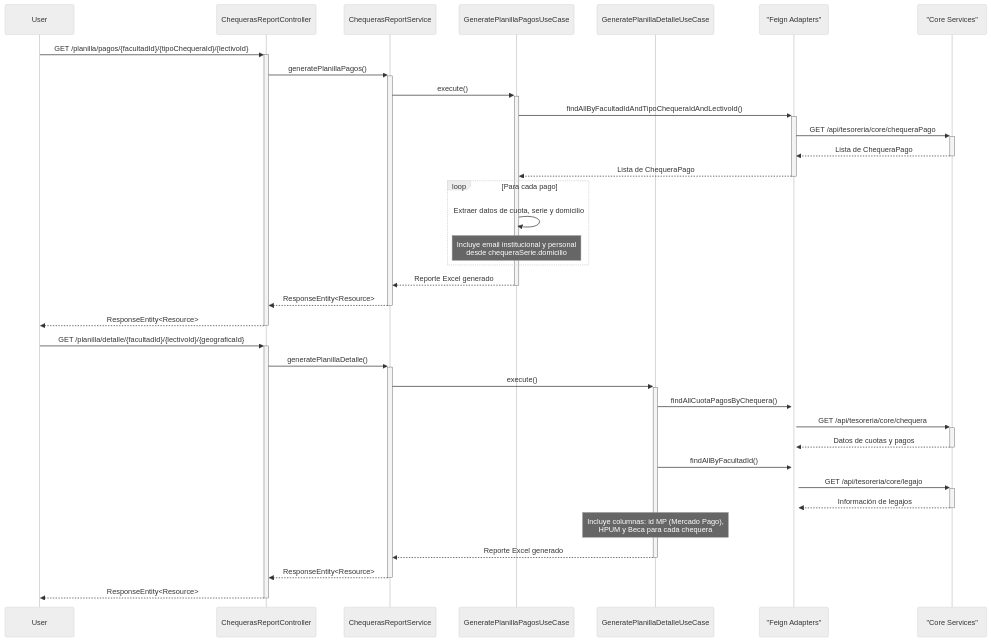
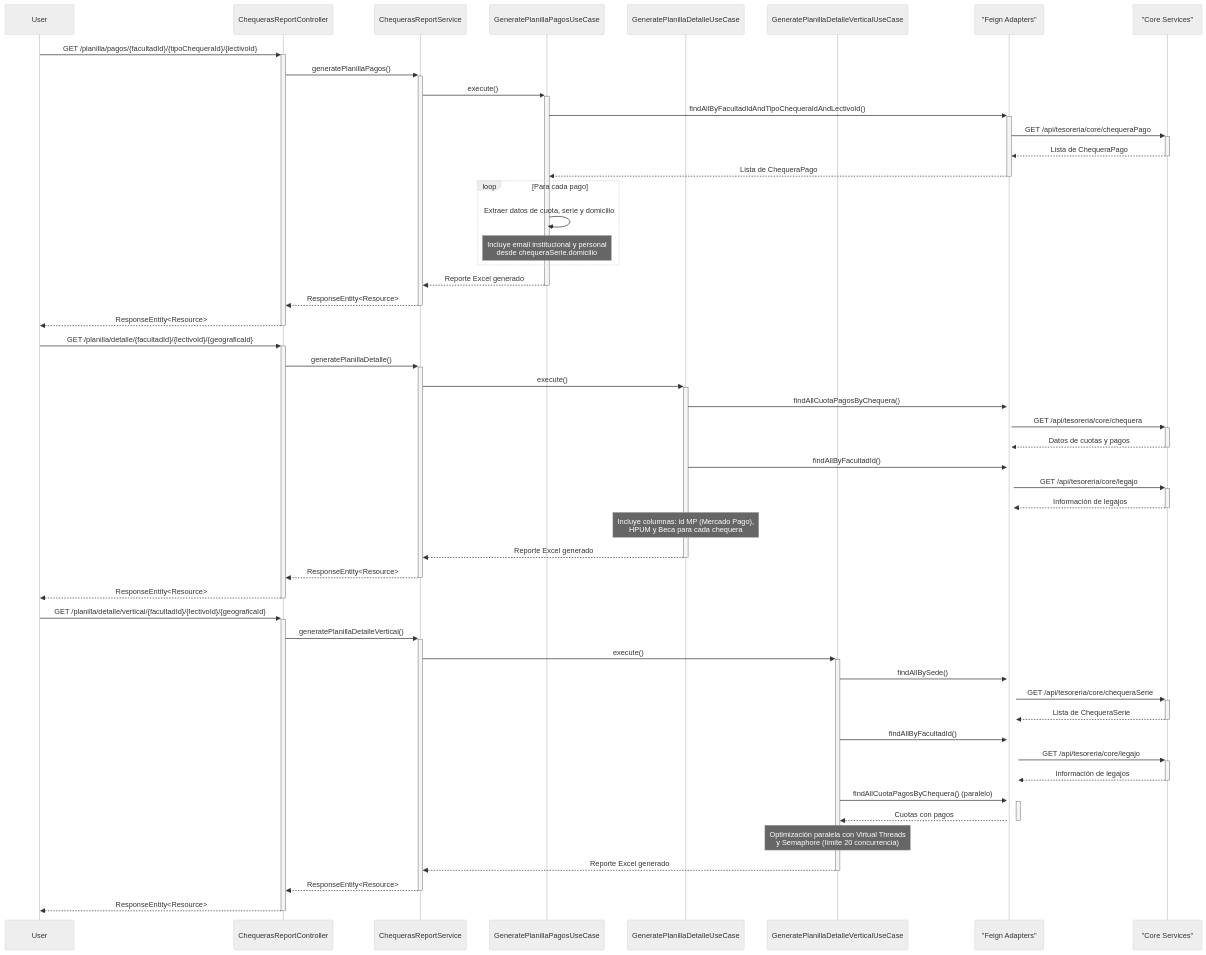
Before and after one commit to UM-services/UM.tesoreria.report-service: the diagram in docs/diagrams/generacion-reporte.mmd, drawn with Mermaid (neutral theme). The commit also changed 10 other files, not shown here.

First line of the commit message:
feat(chequeras): add vertical detail spreadsheet generation

````diff
--- a/docs/diagrams/generacion-reporte.mmd
+++ b/docs/diagrams/generacion-reporte.mmd
@@ -1,39 +1,56 @@
 ```mermaid
 sequenceDiagram
     participant User
     participant ChequerasReportController
     participant ChequerasReportService
     participant GeneratePlanillaPagosUseCase
     participant GeneratePlanillaDetalleUseCase
+    participant GeneratePlanillaDetalleVerticalUseCase
     participant Adapters as "Feign Adapters"
     participant CoreService as "Core Services"
 
     User->>+ChequerasReportController: GET /planilla/pagos/{facultadId}/{tipoChequeraId}/{lectivoId}
     ChequerasReportController->>+ChequerasReportService: generatePlanillaPagos()
     ChequerasReportService->>+GeneratePlanillaPagosUseCase: execute()
     GeneratePlanillaPagosUseCase->>+Adapters: findAllByFacultadIdAndTipoChequeraIdAndLectivoId()
     Adapters->>+CoreService: GET /api/tesoreria/core/chequeraPago
     CoreService-->>-Adapters: Lista de ChequeraPago
     Adapters-->>-GeneratePlanillaPagosUseCase: Lista de ChequeraPago
     loop Para cada pago
         GeneratePlanillaPagosUseCase->>GeneratePlanillaPagosUseCase: Extraer datos de cuota, serie y domicilio
         Note over GeneratePlanillaPagosUseCase: Incluye email institucional y personal<br/>desde chequeraSerie.domicilio
     end
     GeneratePlanillaPagosUseCase-->>-ChequerasReportService: Reporte Excel generado
     ChequerasReportService-->>-ChequerasReportController: ResponseEntity<Resource>
     ChequerasReportController-->>-User: ResponseEntity<Resource>
 
     User->>+ChequerasReportController: GET /planilla/detalle/{facultadId}/{lectivoId}/{geograficaId}
     ChequerasReportController->>+ChequerasReportService: generatePlanillaDetalle()
     ChequerasReportService->>+GeneratePlanillaDetalleUseCase: execute()
     GeneratePlanillaDetalleUseCase->>+Adapters: findAllCuotaPagosByChequera()
     Adapters->>+CoreService: GET /api/tesoreria/core/chequera
     CoreService-->>-Adapters: Datos de cuotas y pagos
     GeneratePlanillaDetalleUseCase->>+Adapters: findAllByFacultadId()
     Adapters->>+CoreService: GET /api/tesoreria/core/legajo
     CoreService-->>-Adapters: Información de legajos
     Note over GeneratePlanillaDetalleUseCase: Incluye columnas: id MP (Mercado Pago),<br/>HPUM y Beca para cada chequera
     GeneratePlanillaDetalleUseCase-->>-ChequerasReportService: Reporte Excel generado
     ChequerasReportService-->>-ChequerasReportController: ResponseEntity<Resource>
     ChequerasReportController-->>-User: ResponseEntity<Resource>
+
+    User->>+ChequerasReportController: GET /planilla/detalle/vertical/{facultadId}/{lectivoId}/{geograficaId}
+    ChequerasReportController->>+ChequerasReportService: generatePlanillaDetalleVertical()
+    ChequerasReportService->>+GeneratePlanillaDetalleVerticalUseCase: execute()
+    GeneratePlanillaDetalleVerticalUseCase->>+Adapters: findAllBySede()
+    Adapters->>+CoreService: GET /api/tesoreria/core/chequeraSerie
+    CoreService-->>-Adapters: Lista de ChequeraSerie
+    GeneratePlanillaDetalleVerticalUseCase->>+Adapters: findAllByFacultadId()
+    Adapters->>+CoreService: GET /api/tesoreria/core/legajo
+    CoreService-->>-Adapters: Información de legajos
+    GeneratePlanillaDetalleVerticalUseCase->>+Adapters: findAllCuotaPagosByChequera() (paralelo)
+    Adapters-->>-GeneratePlanillaDetalleVerticalUseCase: Cuotas con pagos
+    Note over GeneratePlanillaDetalleVerticalUseCase: Optimización paralela con Virtual Threads<br/>y Semaphore (límite 20 concurrencia)
+    GeneratePlanillaDetalleVerticalUseCase-->>-ChequerasReportService: Reporte Excel generado
+    ChequerasReportService-->>-ChequerasReportController: ResponseEntity<Resource>
+    ChequerasReportController-->>-User: ResponseEntity<Resource>
 ```
````
